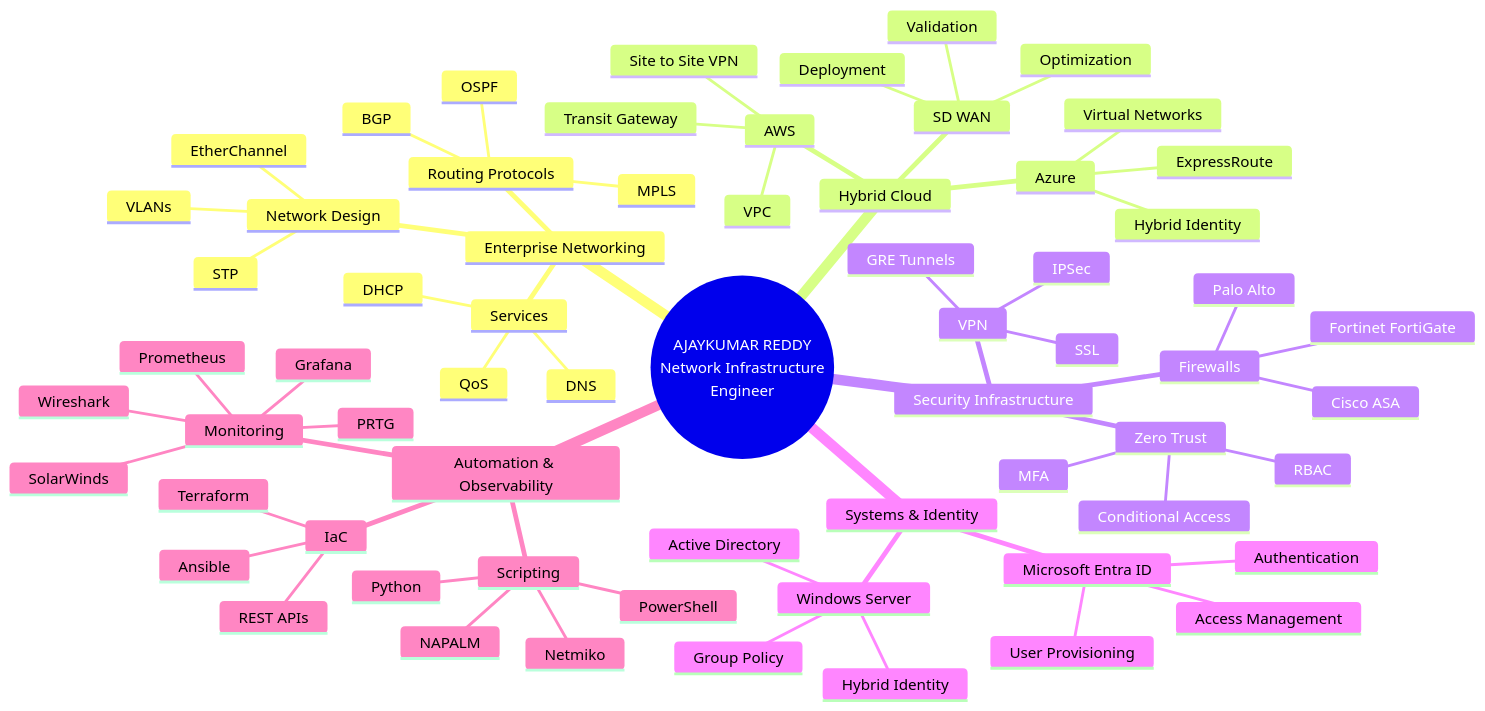
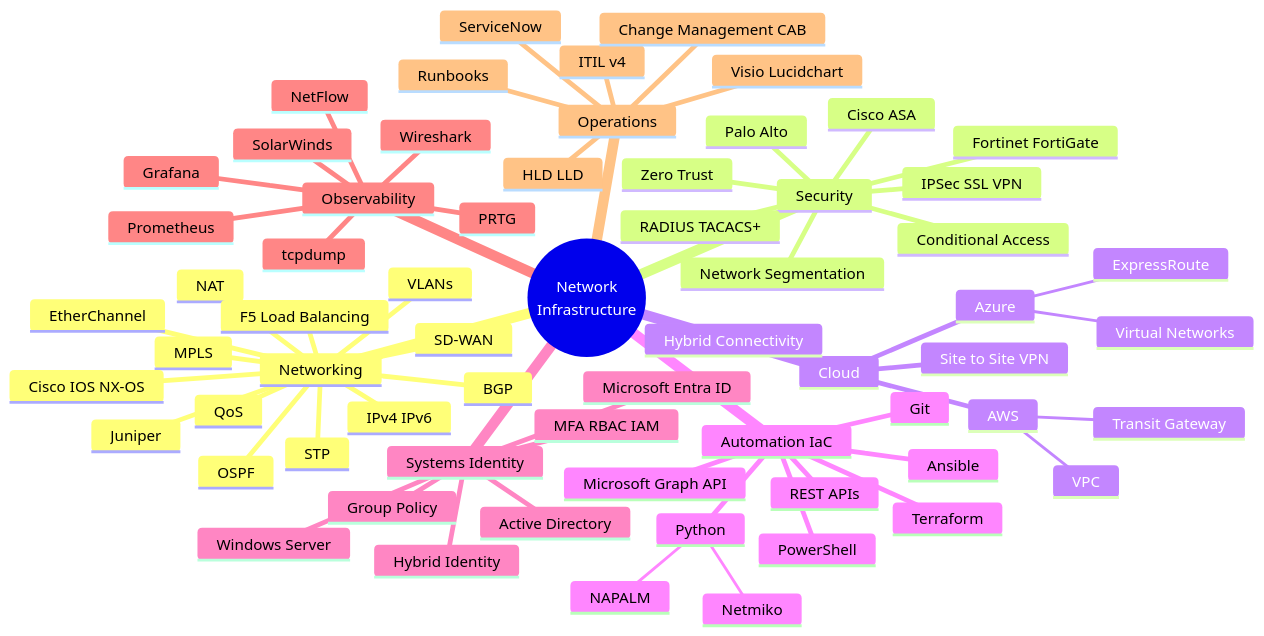
One commit to AjayReddy999/AjayReddy999 changed the third of 3 diagrams in README.md. Above: the diagram before and after it, drawn with Mermaid. The commit also changed other lines of this file and 2 other files, not shown here.

Commit message:
docs: finalize GitHub profile README

````diff
--- a/README.md
+++ b/README.md
@@ -131,70 +123,69 @@
 ```mermaid
 mindmap
-  root((AJAYKUMAR REDDY
-    Network Infrastructure
-    Engineer))
-    Enterprise Networking
-      Routing Protocols
-        BGP
-        OSPF
-        MPLS
-      Network Design
-        VLANs
-        STP
-        EtherChannel
-      Services
-        DNS
-        DHCP
-        QoS
-    Hybrid Cloud
+  root((Network
+    Infrastructure))
+    Networking
+      BGP
+      OSPF
+      MPLS
+      VLANs
+      STP
+      EtherChannel
+      NAT
+      QoS
+      IPv4 IPv6
+      SD-WAN
+      Cisco IOS NX-OS
+      Juniper
+      F5 Load Balancing
+    Security
+      Cisco ASA
+      Fortinet FortiGate
+      Palo Alto
+      IPSec SSL VPN
+      Zero Trust
+      Conditional Access
+      RADIUS TACACS+
+      Network Segmentation
+    Cloud
       AWS
         VPC
         Transit Gateway
-        Site to Site VPN
       Azure
         Virtual Networks
         ExpressRoute
-        Hybrid Identity
-      SD WAN
-        Validation
-        Deployment
-        Optimization
-    Security Infrastructure
-      Zero Trust
-        Conditional Access
-        MFA
-        RBAC
-      Firewalls
-        Cisco ASA
-        Fortinet FortiGate
-        Palo Alto
-      VPN
-        IPSec
-        SSL
-        GRE Tunnels
-    Systems & Identity
-      Windows Server
-        Active Directory
-        Group Policy
-        Hybrid Identity
-      Microsoft Entra ID
-        User Provisioning
-        Access Management
-        Authentication
-    Automation & Observability
-      Scripting
-        Python
-        PowerShell
+      Site to Site VPN
+      Hybrid Connectivity
+    Automation IaC
+      Python
         Netmiko
         NAPALM
-      IaC
-        Ansible
-        Terraform
-        REST APIs
-      Monitoring
-        SolarWinds
-        PRTG
-        Wireshark
-        Prometheus
-        Grafana
+      Ansible
+      Terraform
+      PowerShell
+      REST APIs
+      Microsoft Graph API
+      Git
+    Systems Identity
+      Windows Server
+      Active Directory
+      Group Policy
+      Microsoft Entra ID
+      Hybrid Identity
+      MFA RBAC IAM
+    Observability
+      SolarWinds
+      PRTG
+      Wireshark
+      tcpdump
+      NetFlow
+      Prometheus
+      Grafana
+    Operations
+      ServiceNow
+      ITIL v4
+      Change Management CAB
+      HLD LLD
+      Visio Lucidchart
+      Runbooks
 ```
````
